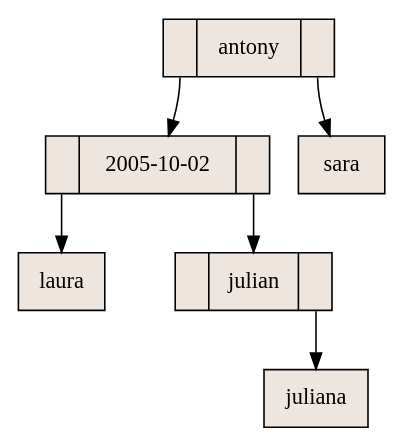
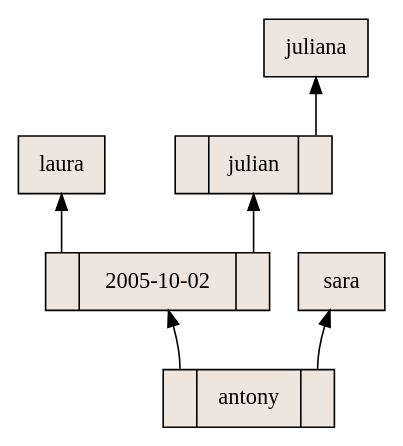
One commit to antonybotello/Estructuras-de-Datos changed the diagram in 11-JUL/proyectos/abb-rodriguez/aux_grafico.dot. Above: the diagram before and after it, drawn with Graphviz.

```diff
--- a/11-JUL/proyectos/abb-rodriguez/aux_grafico.dot
+++ b/11-JUL/proyectos/abb-rodriguez/aux_grafico.dot
@@ -1,15 +1,15 @@
 digraph grafica{
-rankdir=TB;
+rankdir=BT;
 node [shape = record, style=filled, fillcolor=seashell2];
 nodo1 [ label ="<C0>|antony|<C1>"];
 nodo4 [ label ="<C0>|2005-10-02|<C1>"];
 nodo5 [ label ="laura"];
 nodo4:C0->nodo5
 nodo6 [ label ="<C0>|julian|<C1>"];
 nodo8 [ label ="juliana"];
 nodo6:C1->nodo8
 nodo4:C1->nodo6
 nodo1:C0->nodo4
 nodo7 [ label ="sara"];
 nodo1:C1->nodo7
 }
```
